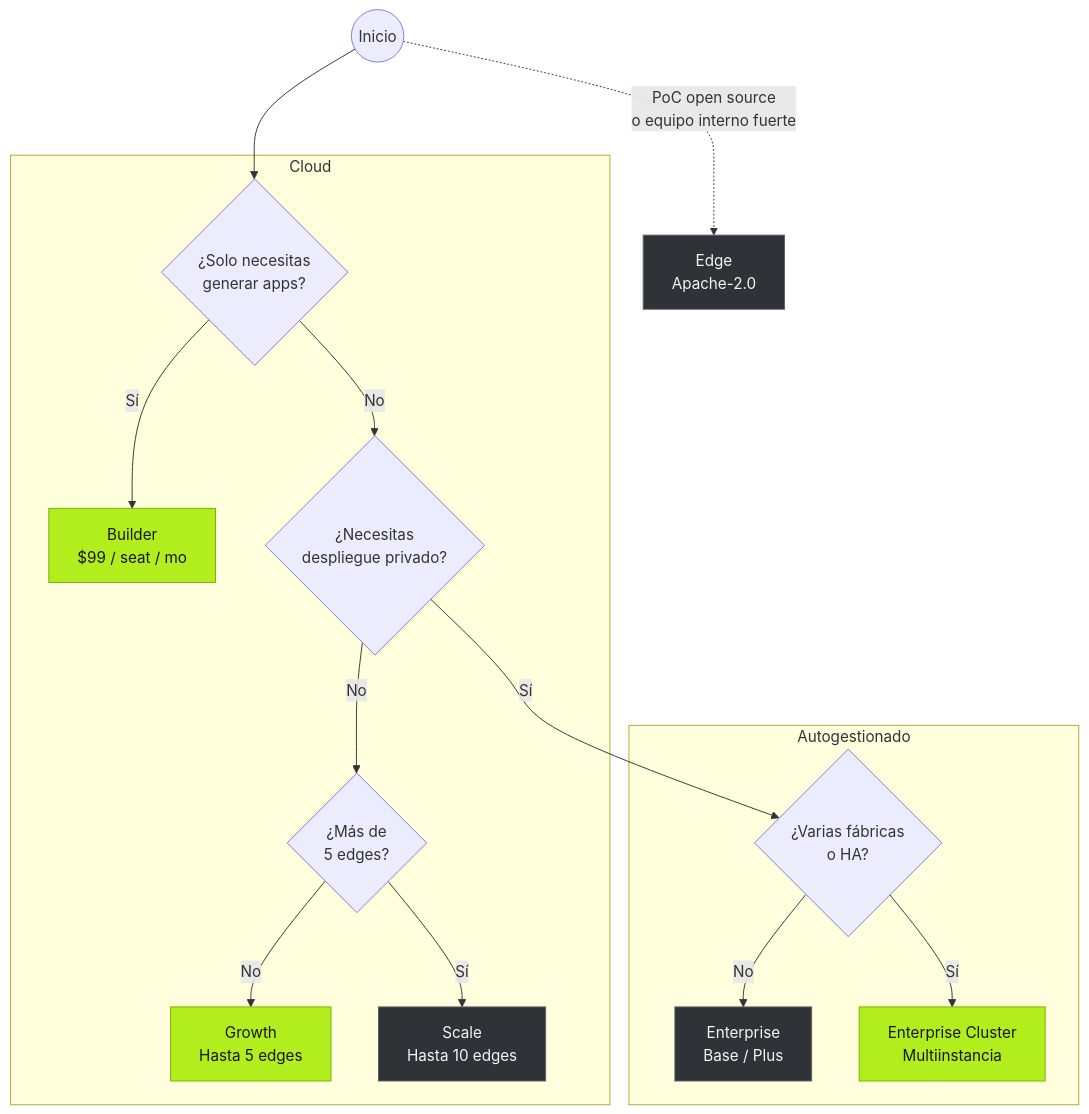
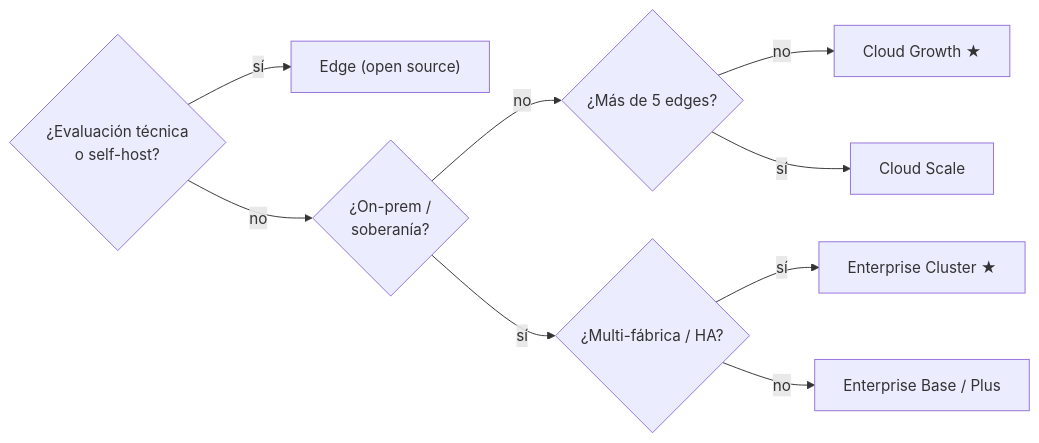
Before and after one commit to FREEZONEX/Tier0-docs-site: the diagram in src/content/docs/es/get-started/choosing-version.mdx, drawn with Mermaid. The commit also changed other lines of this file and 5 other files, not shown here.

First line of the commit message:
Align locale pricing boards and tighten Mermaid diagram sizing.

````diff
--- a/src/content/docs/es/get-started/choosing-version.mdx
+++ b/src/content/docs/es/get-started/choosing-version.mdx
@@ -119,25 +135,12 @@
 ```mermaid
-flowchart TD
-  start(("Inicio")) --> appOnly{"¿Solo necesitas<br/>generar apps?"}
-
-  subgraph cloud["Cloud"]
-    appOnly -- "Sí" --> builder["Builder<br/>$99 / seat / mo"]
-    appOnly -- "No" --> selfHost{"¿Necesitas<br/>despliegue privado?"}
-    selfHost -- "No" --> edgeCount{"¿Más de<br/>5 edges?"}
-    edgeCount -- "No" --> growth["Growth<br/>Hasta 5 edges"]
-    edgeCount -- "Sí" --> scale["Scale<br/>Hasta 10 edges"]
-  end
-
-  subgraph selfManaged["Autogestionado"]
-    selfHost -- "Sí" --> multiSite{"¿Varias fábricas<br/>o HA?"}
-    multiSite -- "No" --> basePlus["Enterprise<br/>Base / Plus"]
-    multiSite -- "Sí" --> cluster["Enterprise Cluster<br/>Multiinstancia"]
-  end
-
-  start -. "PoC open source<br/>o equipo interno fuerte" .-> edge["Edge<br/>Apache-2.0"]
-
-  classDef t0accent fill:#B2ED1D,stroke:#73B200,color:#171717
-  classDef t0muted fill:#2f3338,stroke:#5a626b,color:#f4f4f4
-  class builder,growth,cluster t0accent
-  class edge,scale,basePlus t0muted
+flowchart LR
+  q1{"¿Evaluación técnica<br/>o self-host?"} -- "sí" --> edge["Edge (open source)"]
+  q1 -- "no" --> q2{"¿On-prem /<br/>soberanía?"}
+  q2 -- "no" --> q3{"¿Más de 5 edges?"}
+  q2 -- "sí" --> q4{"¿Multi-fábrica / HA?"}
+  q3 -- "no" --> growth["Cloud Growth ★"]
+  q3 -- "sí" --> scale["Cloud Scale"]
+  q4 -- "sí" --> cluster["Enterprise Cluster ★"]
+  q4 -- "no" --> baseplus["Enterprise Base / Plus"]
+  class growth,cluster t0accent
 ```
````
